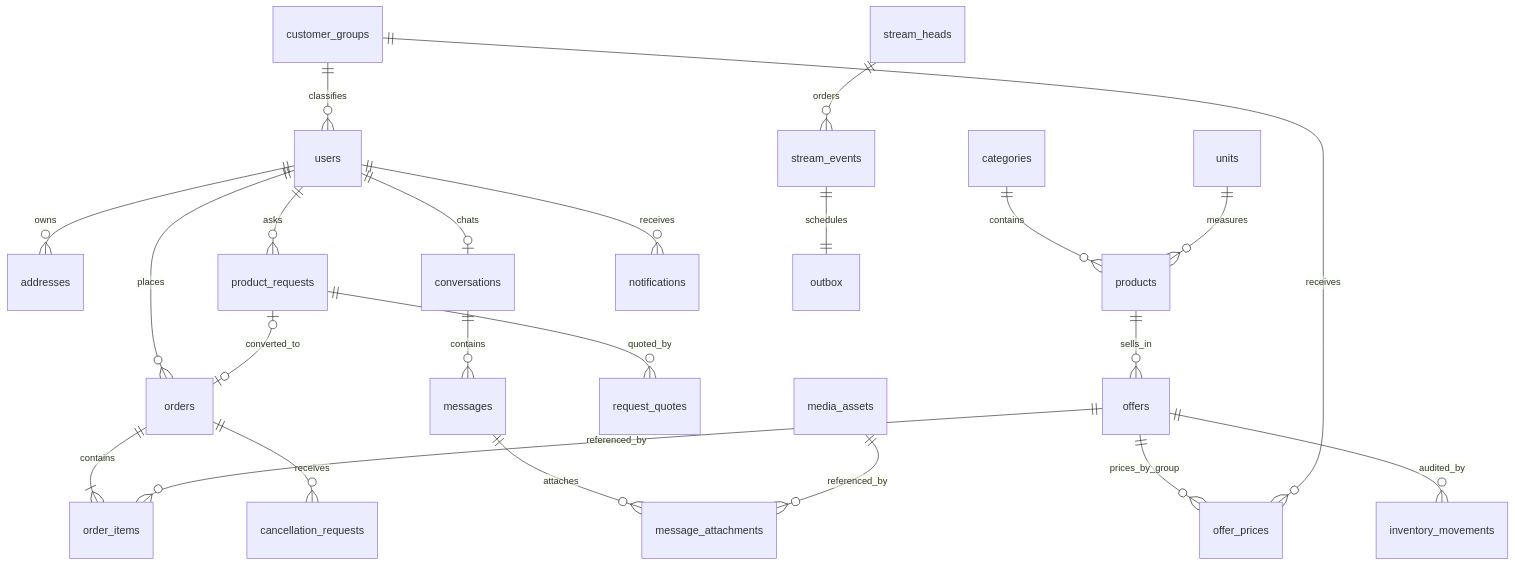
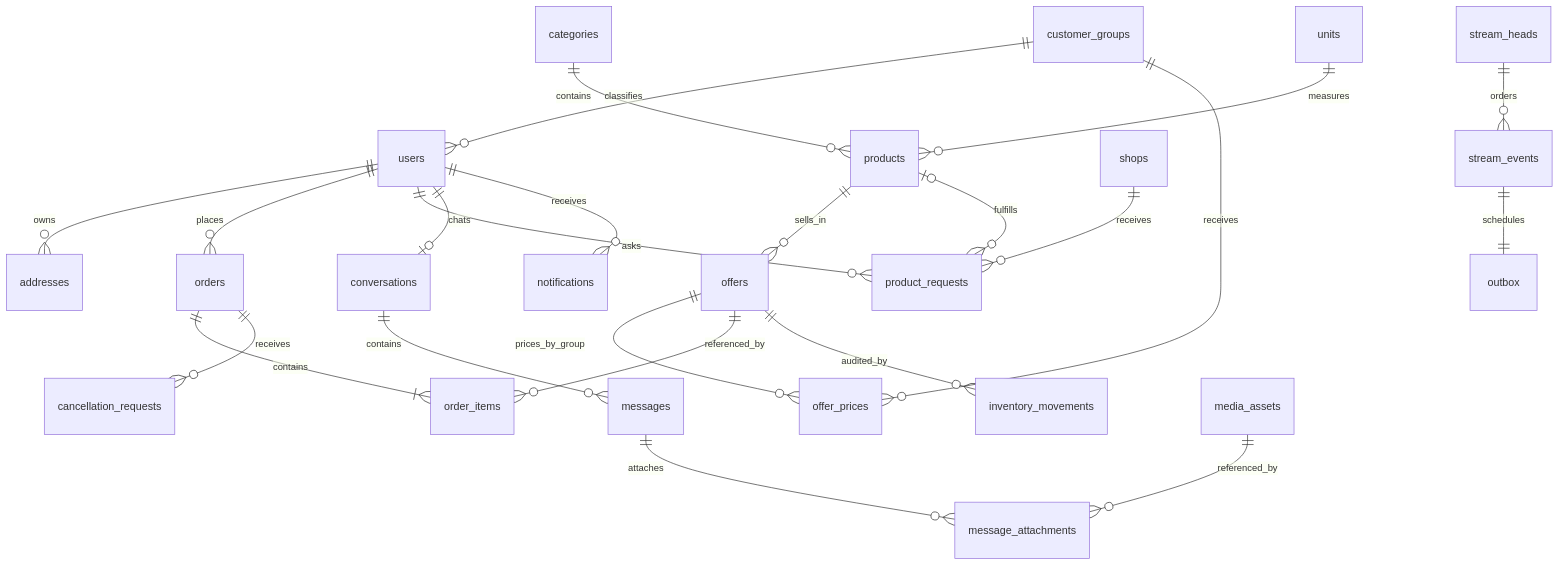
One commit to theycallmeheng/RealtimeOrders changed the diagram in docs/DATABASE.md. Above: the diagram before and after it, drawn with Mermaid. The commit also changed other lines of this file and 15 other files, not shown here.

Commit message:
Add private shop product requests and opening notifications

````diff
--- a/docs/DATABASE.md
+++ b/docs/DATABASE.md
@@ -45,25 +51,25 @@
 ```mermaid
 erDiagram
   customer_groups ||--o{ users : classifies
   users ||--o{ addresses : owns
   users ||--o{ orders : places
   categories ||--o{ products : contains
   units ||--o{ products : measures
   products ||--o{ offers : sells_in
   offers ||--o{ offer_prices : prices_by_group
   customer_groups ||--o{ offer_prices : receives
   orders ||--|{ order_items : contains
   offers ||--o{ order_items : referenced_by
   orders ||--o{ cancellation_requests : receives
   offers ||--o{ inventory_movements : audited_by
   users ||--o{ product_requests : asks
-  product_requests ||--o{ request_quotes : quoted_by
-  product_requests o|--o| orders : converted_to
+  shops ||--o{ product_requests : receives
+  products o|--o{ product_requests : fulfills
   users ||--o| conversations : chats
   conversations ||--o{ messages : contains
   messages ||--o{ message_attachments : attaches
   media_assets ||--o{ message_attachments : referenced_by
   users ||--o{ notifications : receives
   stream_heads ||--o{ stream_events : orders
   stream_events ||--|| outbox : schedules
 ```
````
